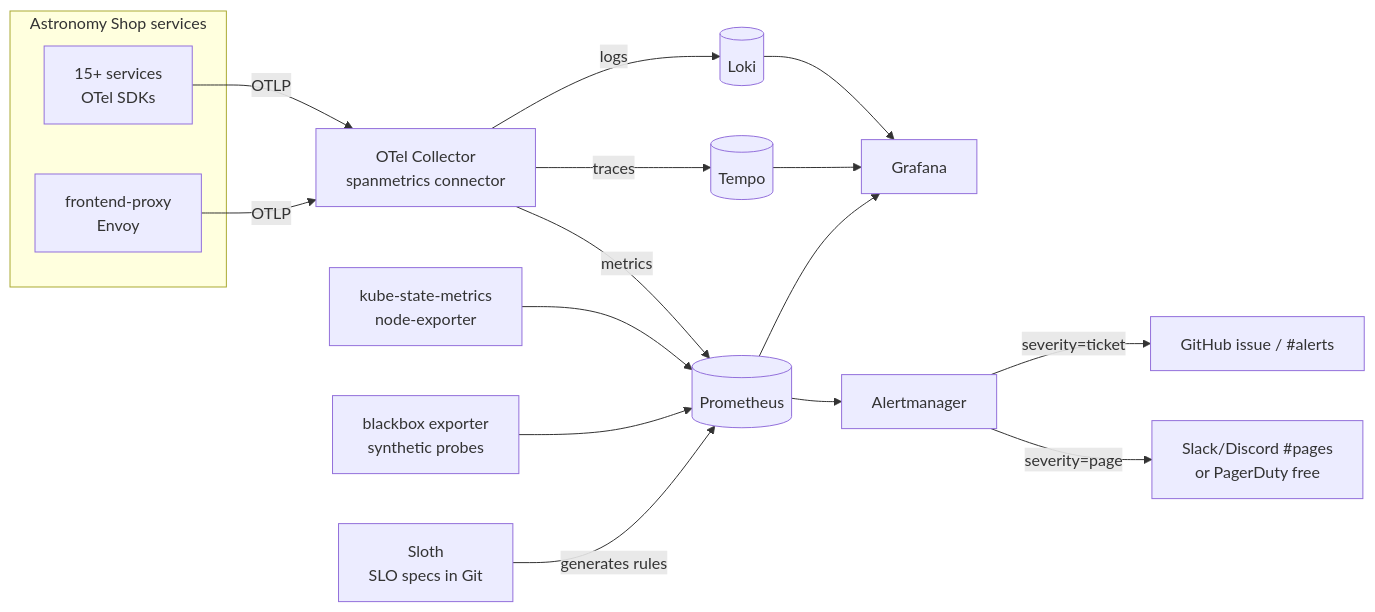
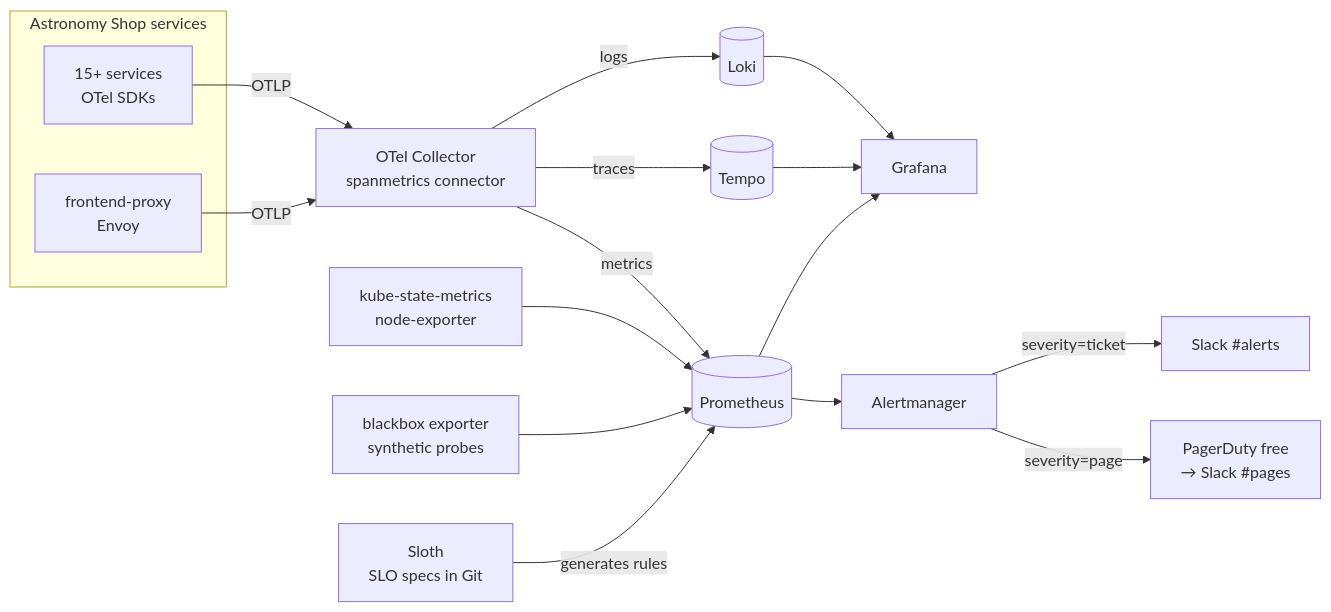
Before and after one commit to sandeshlamsal/SRE_BestPractices_Principles_Interviews_Labs: the diagram in docs/observability-plan.md, drawn with Mermaid. The commit also changed other lines of this file and 15 other files, not shown here.

````diff
--- a/docs/observability-plan.md
+++ b/docs/observability-plan.md
@@ -9,19 +9,19 @@
 ```mermaid
 flowchart LR
   subgraph shop[Astronomy Shop services]
     svc[15+ services<br/>OTel SDKs]
     envoy[frontend-proxy<br/>Envoy]
   end
   svc -- OTLP --> col[OTel Collector<br/>spanmetrics connector]
   envoy -- OTLP --> col
   col -- metrics --> prom[(Prometheus)]
   col -- traces --> tempo[(Tempo)]
   col -- logs --> loki[(Loki)]
   ksm[kube-state-metrics<br/>node-exporter] --> prom
   bb[blackbox exporter<br/>synthetic probes] --> prom
   sloth[Sloth<br/>SLO specs in Git] -- generates rules --> prom
   prom --> am[Alertmanager]
-  am -- severity=page --> pager[Slack/Discord #pages<br/>or PagerDuty free]
-  am -- severity=ticket --> ticket[GitHub issue / #alerts]
+  am -- severity=page --> pager[PagerDuty free<br/>→ Slack #pages]
+  am -- severity=ticket --> ticket[Slack #alerts]
   prom & tempo & loki --> graf[Grafana]
 ```
````
